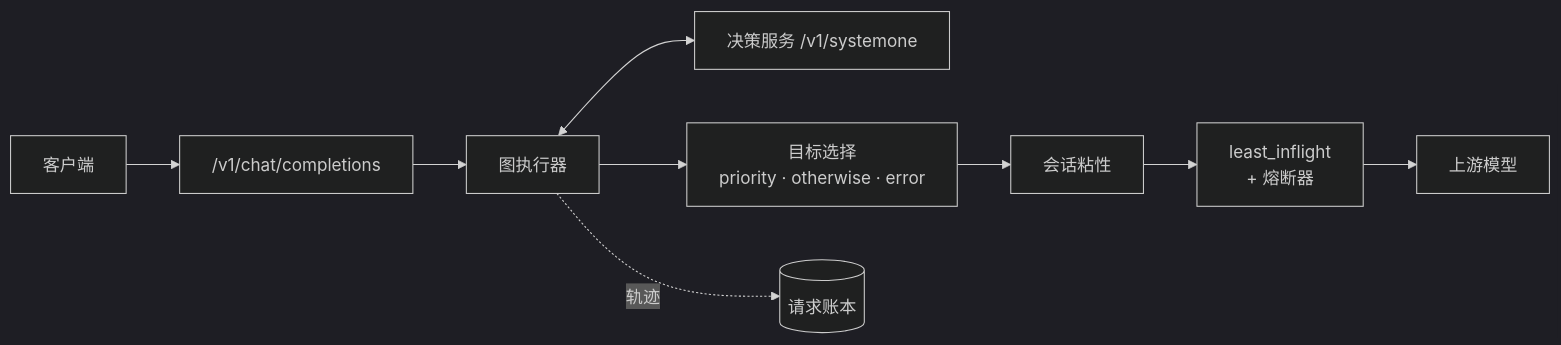
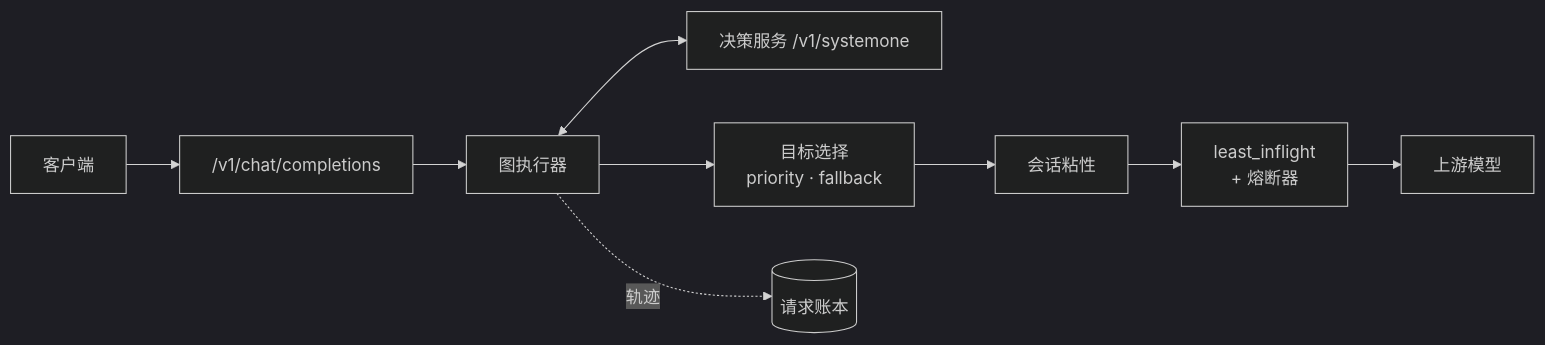
One commit to Wayfinder-one/RoutePilot changed the diagram in README.zh-CN.md. Above: the diagram before and after it, drawn with Mermaid (dark theme). The commit also changed other lines of this file and 33 other files, not shown here.

Commit message:
feat(routing): unify otherwise and error fallback

````diff
--- a/README.zh-CN.md
+++ b/README.zh-CN.md
@@ -22,11 +22,11 @@
 ```mermaid
 flowchart LR
   C[客户端] --> V["/v1/chat/completions"]
   V --> G[图执行器]
   G <--> J["决策服务 /v1/systemone"]
-  G --> T["目标选择<br/>priority · otherwise · error"]
+  G --> T["目标选择<br/>priority · fallback"]
   T --> A[会话粘性]
   A --> L["least_inflight<br/>+ 熔断器"]
   L --> U[上游模型]
   G -. 轨迹 .-> R[(请求账本)]
 ```
````
